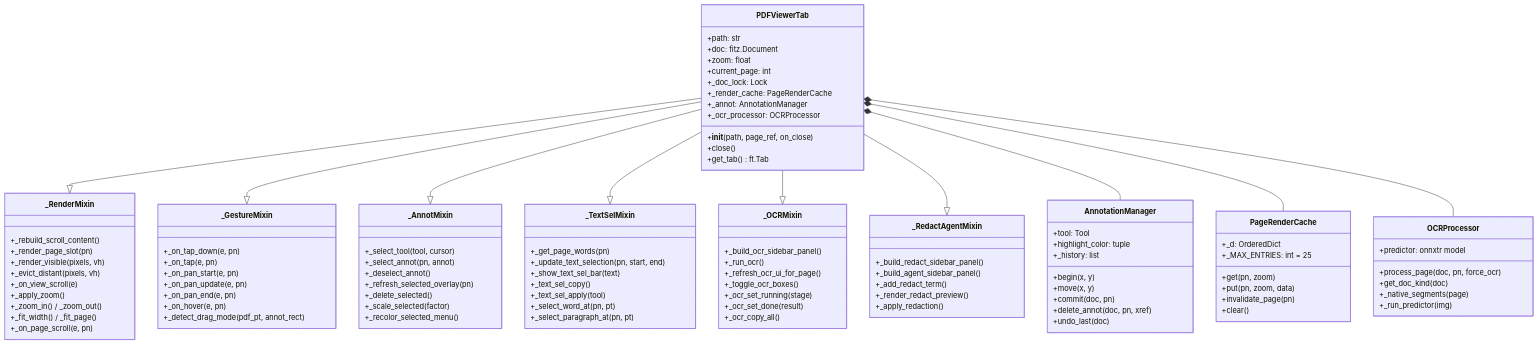
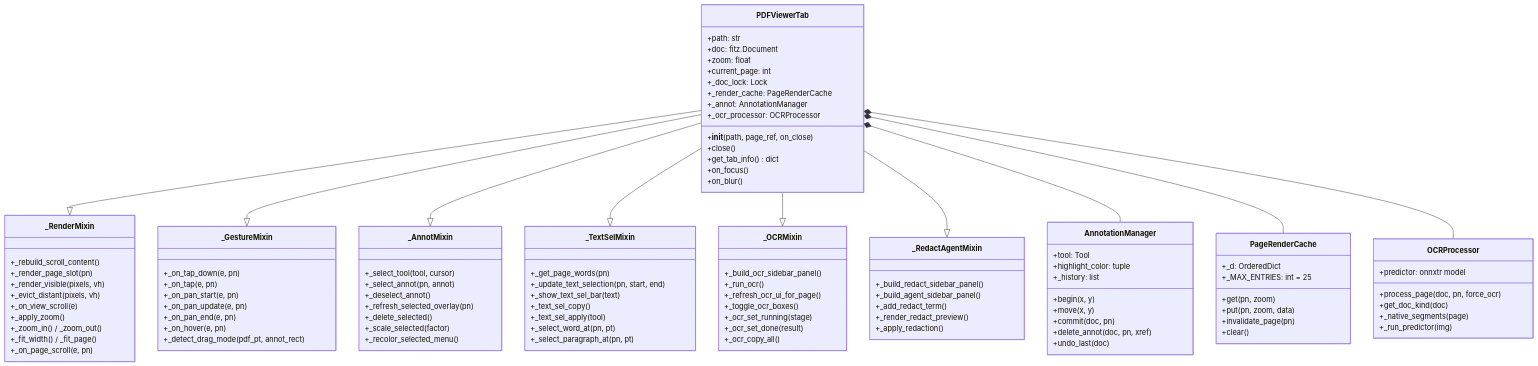
The first of 9 diagrams in docs/visor-pdf.md (Mahynlo/pdf_manager), drawn with Mermaid before and after one commit. The commit also changed other lines of this file and 7 other files, not shown here.

```diff
--- a/docs/visor-pdf.md
+++ b/docs/visor-pdf.md
@@ -54,7 +54,9 @@
         +_ocr_processor: OCRProcessor
         +__init__(path, page_ref, on_close)
         +close()
-        +get_tab() ft.Tab
+        +get_tab_info() dict
+        +on_focus()
+        +on_blur()
     }
 
     class _RenderMixin {
```
